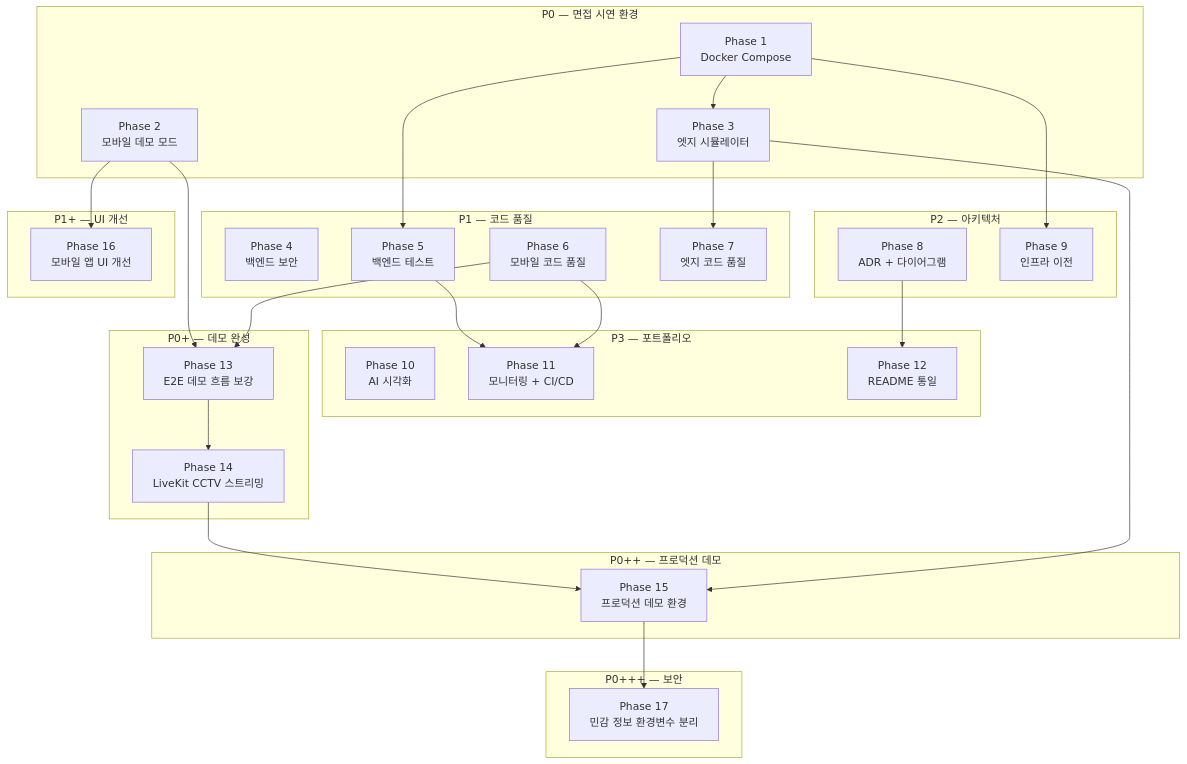
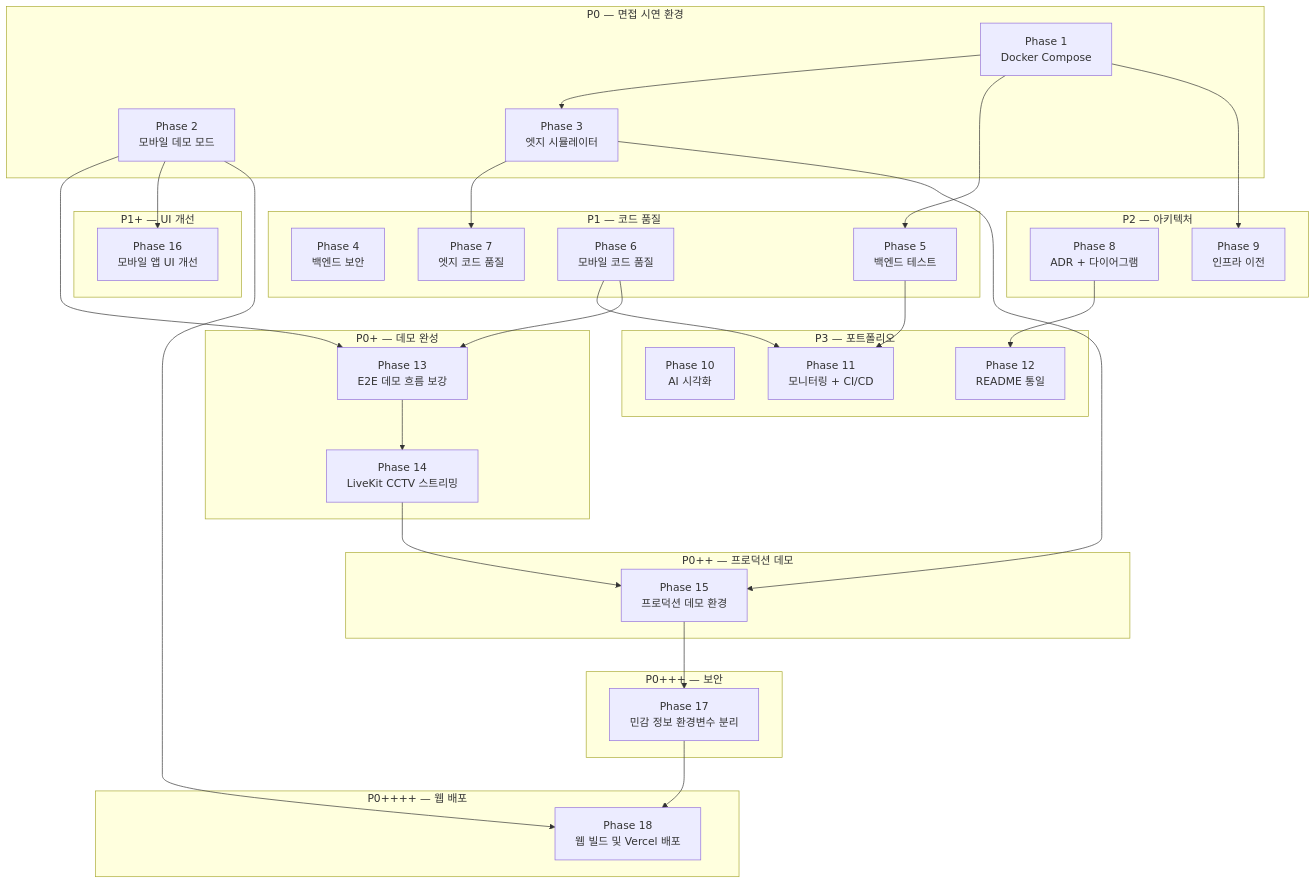
Before and after one commit to JeffKM/ember-sentinel-application: the diagram in docs/ROADMAP.md, drawn with Mermaid. The commit also changed other lines of this file and 9 other files, not shown here.

````diff
--- a/docs/ROADMAP.md
+++ b/docs/ROADMAP.md
@@ -460,58 +500,64 @@
 ```mermaid
 graph TD
     subgraph "P0 — 면접 시연 환경"
         P1_phase["Phase 1<br/>Docker Compose"]
         P2_phase["Phase 2<br/>모바일 데모 모드"]
         P3_phase["Phase 3<br/>엣지 시뮬레이터"]
     end
 
     subgraph "P1 — 코드 품질"
         P4_phase["Phase 4<br/>백엔드 보안"]
         P5_phase["Phase 5<br/>백엔드 테스트"]
         P6_phase["Phase 6<br/>모바일 코드 품질"]
         P7_phase["Phase 7<br/>엣지 코드 품질"]
     end
 
     subgraph "P2 — 아키텍처"
         P8_phase["Phase 8<br/>ADR + 다이어그램"]
         P9_phase["Phase 9<br/>인프라 이전"]
     end
 
     subgraph "P3 — 포트폴리오"
         P10_phase["Phase 10<br/>AI 시각화"]
         P11_phase["Phase 11<br/>모니터링 + CI/CD"]
         P12_phase["Phase 12<br/>README 통일"]
     end
 
     subgraph "P0+ — 데모 완성"
         P13_phase["Phase 13<br/>E2E 데모 흐름 보강"]
         P14_phase["Phase 14<br/>LiveKit CCTV 스트리밍"]
     end
 
     subgraph "P0++ — 프로덕션 데모"
         P15_phase["Phase 15<br/>프로덕션 데모 환경"]
     end
 
     subgraph "P1+ — UI 개선"
         P16_phase["Phase 16<br/>모바일 앱 UI 개선"]
     end
 
     subgraph "P0+++ — 보안"
         P17_phase["Phase 17<br/>민감 정보 환경변수 분리"]
     end
 
+    subgraph "P0++++ — 웹 배포"
+        P18_phase["Phase 18<br/>웹 빌드 및 Vercel 배포"]
+    end
+
     P1_phase --> P3_phase
     P1_phase --> P5_phase
     P1_phase --> P9_phase
     P3_phase --> P7_phase
     P5_phase --> P11_phase
     P6_phase --> P11_phase
     P8_phase --> P12_phase
     P2_phase --> P13_phase
     P6_phase --> P13_phase
     P13_phase --> P14_phase
     P14_phase --> P15_phase
     P3_phase --> P15_phase
     P2_phase --> P16_phase
     P15_phase --> P17_phase
+    P2_phase --> P18_phase
+    P17_phase --> P18_phase
 ```
````
